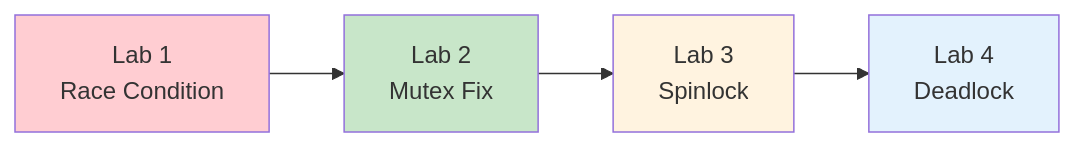
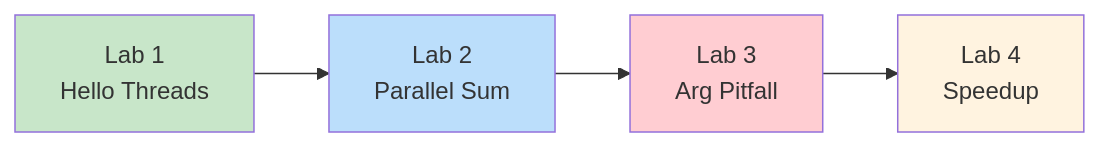
One commit to Ji-yak/2026-lecture-operating-system changed the first of 3 diagrams in lectures/week04/2_lab/lab_en.md. Above: the diagram before and after it, drawn with Mermaid. The commit also changed other lines of this file and 27 other files, not shown here.

First line of the commit message:
Rewrite week04 lab to match Ch 4 theory (threads, not synchronization)

````diff
--- a/lectures/week04/2_lab/lab_en.md
+++ b/lectures/week04/2_lab/lab_en.md
@@ -23,10 +23,10 @@
 ```mermaid
 graph LR
-    L1["Lab 1<br/>Race Condition"] --> L2["Lab 2<br/>Mutex Fix"]
-    L2 --> L3["Lab 3<br/>Spinlock"]
-    L3 --> L4["Lab 4<br/>Deadlock"]
-    style L1 fill:#ffcdd2
-    style L2 fill:#c8e6c9
-    style L3 fill:#fff3e0
-    style L4 fill:#e3f2fd
+    L1["Lab 1<br/>Hello Threads"] --> L2["Lab 2<br/>Parallel Sum"]
+    L2 --> L3["Lab 3<br/>Arg Pitfall"]
+    L3 --> L4["Lab 4<br/>Speedup"]
+    style L1 fill:#c8e6c9
+    style L2 fill:#bbdefb
+    style L3 fill:#ffcdd2
+    style L4 fill:#fff3e0
 ```
````
